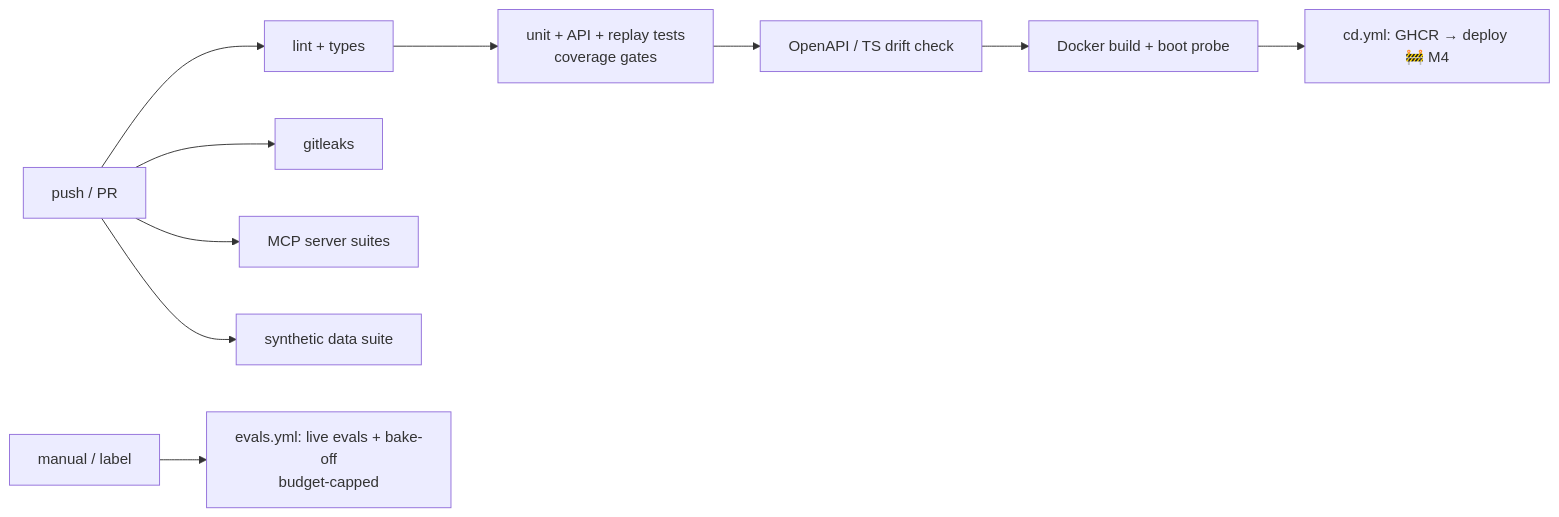
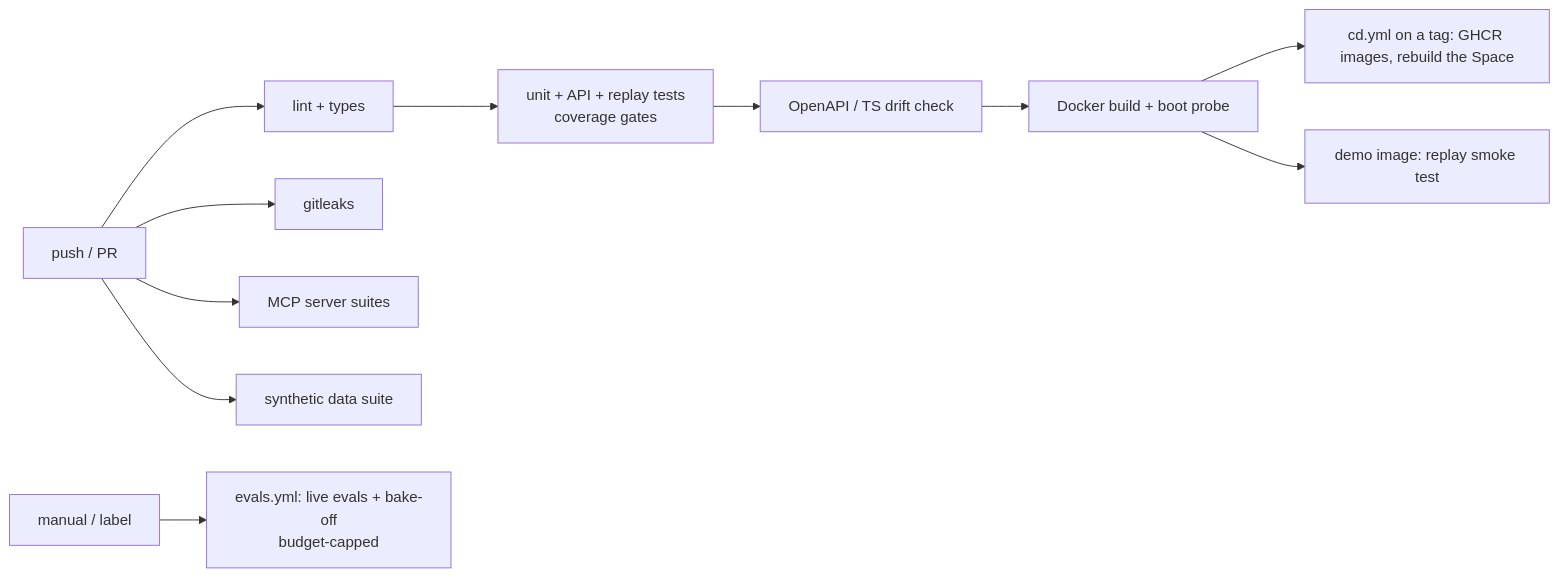
The seventh of 9 diagrams in docs/TECHNICAL_DESIGN.md (Shubham-Kanade/claimpilot), drawn with Mermaid before and after one commit. The commit also changed other lines of this file and 2 other files, not shown here.

````diff
--- a/docs/TECHNICAL_DESIGN.md
+++ b/docs/TECHNICAL_DESIGN.md
@@ -196,12 +196,13 @@
 ```mermaid
 flowchart LR
   P[push / PR] --> L[lint + types]
   L --> T[unit + API + replay tests<br/>coverage gates]
   T --> D[OpenAPI / TS drift check]
   D --> B[Docker build + boot probe]
   P --> S[gitleaks]
   P --> MCP[MCP server suites]
   P --> SY[synthetic data suite]
-  B --> CD[cd.yml: GHCR → deploy 🚧 M4]
+  B --> CD[cd.yml on a tag: GHCR images, rebuild the Space]
+  B --> DM[demo image: replay smoke test]
   M[manual / label] --> EV[evals.yml: live evals + bake-off<br/>budget-capped]
 ```
````
